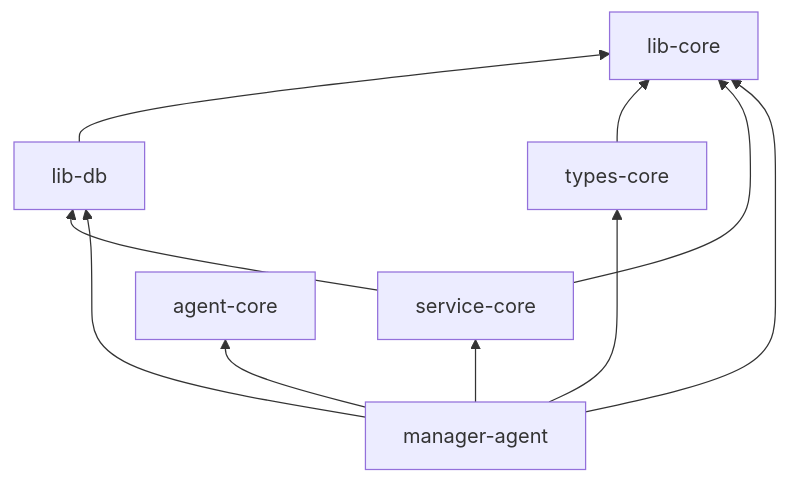
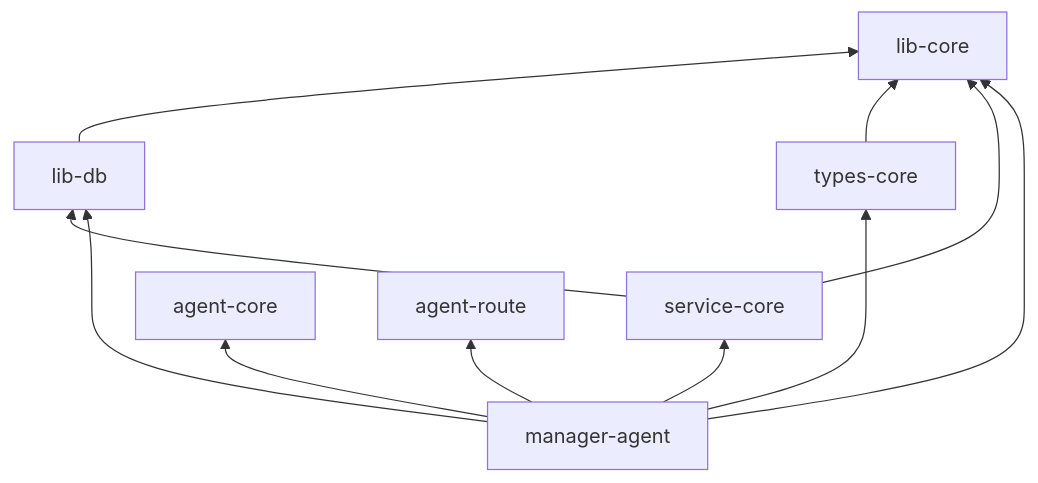
The second of 5 diagrams in docs/workspace.md (lingting/lingting-agent), drawn with Mermaid before and after one commit. The commit also changed other lines of this file and 26 other files, not shown here.

````diff
--- a/docs/workspace.md
+++ b/docs/workspace.md
@@ -697,13 +701,14 @@
 ```mermaid
 flowchart BT
     libcore["lib-core"]
     libdb["lib-db"] --> libcore
     typescore["types-core"] --> libcore
     servicecore["service-core"] --> libdb
     servicecore --> libcore
     manager["manager-agent"] --> servicecore
     manager --> typescore["types-core"]
     manager --> agentcore["agent-core"]
     manager --> libdb
+    manager --> agentroute["agent-route"]
     manager --> libcore
 ```
````
